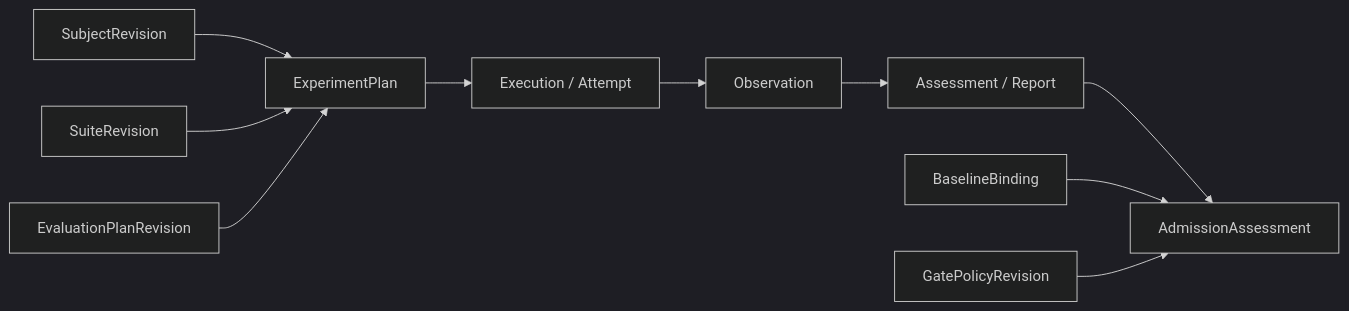
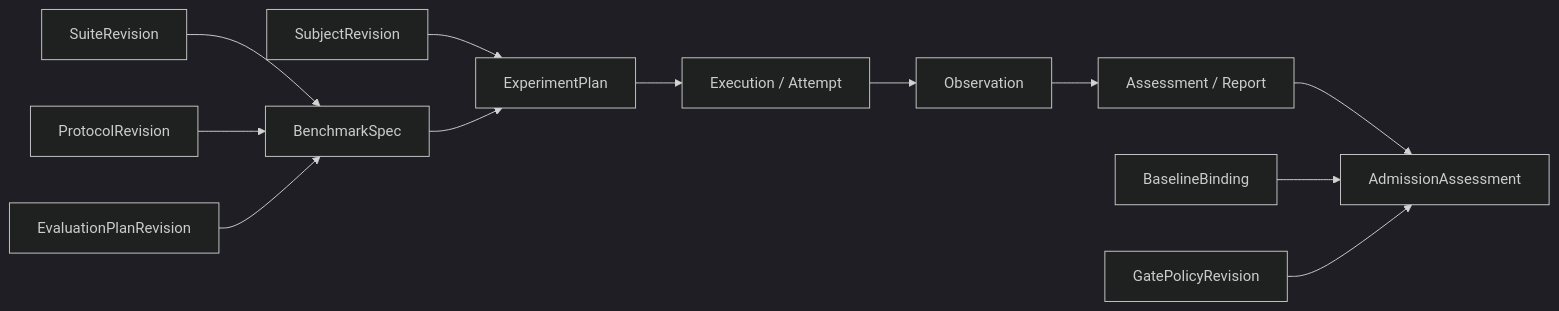
Before and after one commit to pan94u/Decision-Lab: the diagram in docs/architecture.md, drawn with Mermaid (dark theme). The commit also changed other lines of this file and 1 other file, not shown here.

Commit message:
docs: validate evaluation domain against public benchmark protocols

````diff
--- a/docs/architecture.md
+++ b/docs/architecture.md
@@ -76,12 +80,14 @@
 ```mermaid
 flowchart LR
   S[SubjectRevision] --> E[ExperimentPlan]
-  T[SuiteRevision] --> E
-  V[EvaluationPlanRevision] --> E
+  T[SuiteRevision] --> BMS[BenchmarkSpec]
+  PR[ProtocolRevision] --> BMS
+  V[EvaluationPlanRevision] --> BMS
+  BMS --> E
   E --> X[Execution / Attempt]
   X --> O[Observation]
   O --> A[Assessment / Report]
   A --> G[AdmissionAssessment]
   B[BaselineBinding] --> G
   P[GatePolicyRevision] --> G
 ```
````
